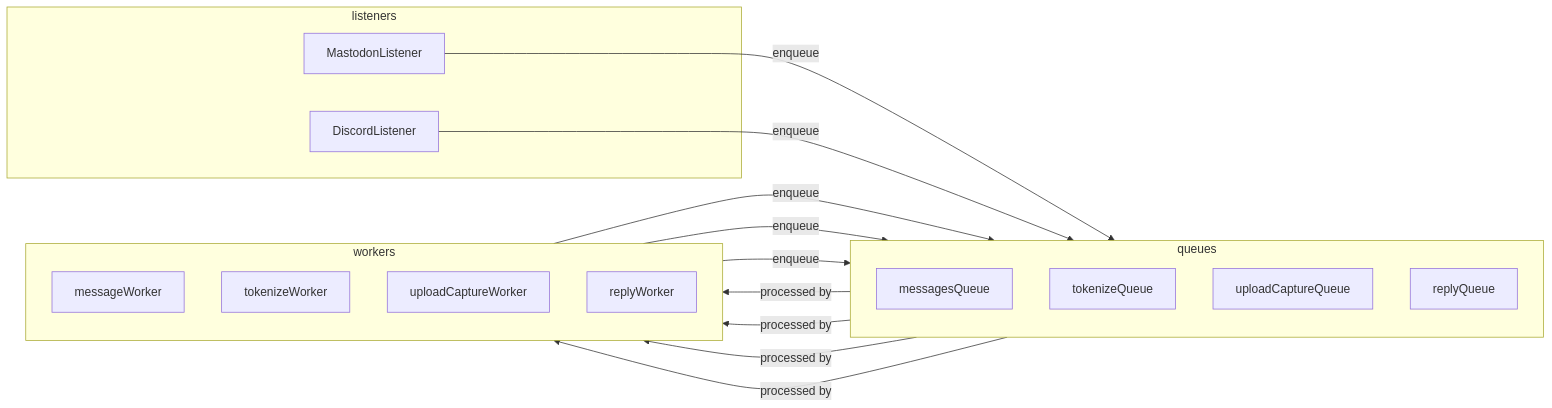
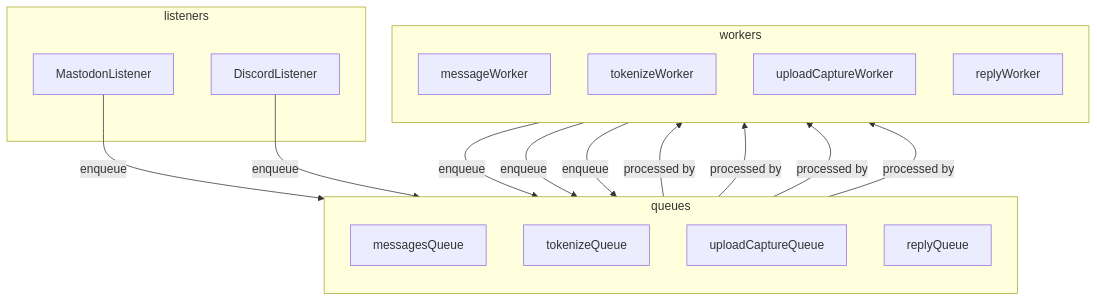
The diagram in README.md (riney/real-c64-bot), drawn with Mermaid before and after one commit. The commit also changed other lines of this file and 1 other file, not shown here.

Commit message:
Diagram fix

````diff
--- a/README.md
+++ b/README.md
@@ -18,33 +18,33 @@
 ```mermaid 
-flowchart LR
+flowchart
     subgraph queues
         direction TB
 
         messagesQueue
         tokenizeQueue
         uploadCaptureQueue
         replyQueue
     end
 
     subgraph listeners
         MastodonListener -- enqueue --> messagesQueue
         DiscordListener -- enqueue --> messagesQueue
     end
     
     subgraph workers
         direction TB
 
         messageWorker
         tokenizeWorker 
         uploadCaptureWorker
         replyWorker
 
         messagesQueue -- processed by --> messageWorker
         messageWorker -- enqueue --> tokenizeQueue
         tokenizeQueue -- processed by --> tokenizeWorker
         tokenizeWorker -- enqueue --> uploadCaptureQueue
         uploadCaptureQueue -- processed by --> uploadCaptureWorker
         uploadCaptureWorker -- enqueue --> replyQueue
         replyQueue -- processed by --> replyWorker
     end
 ```
````
